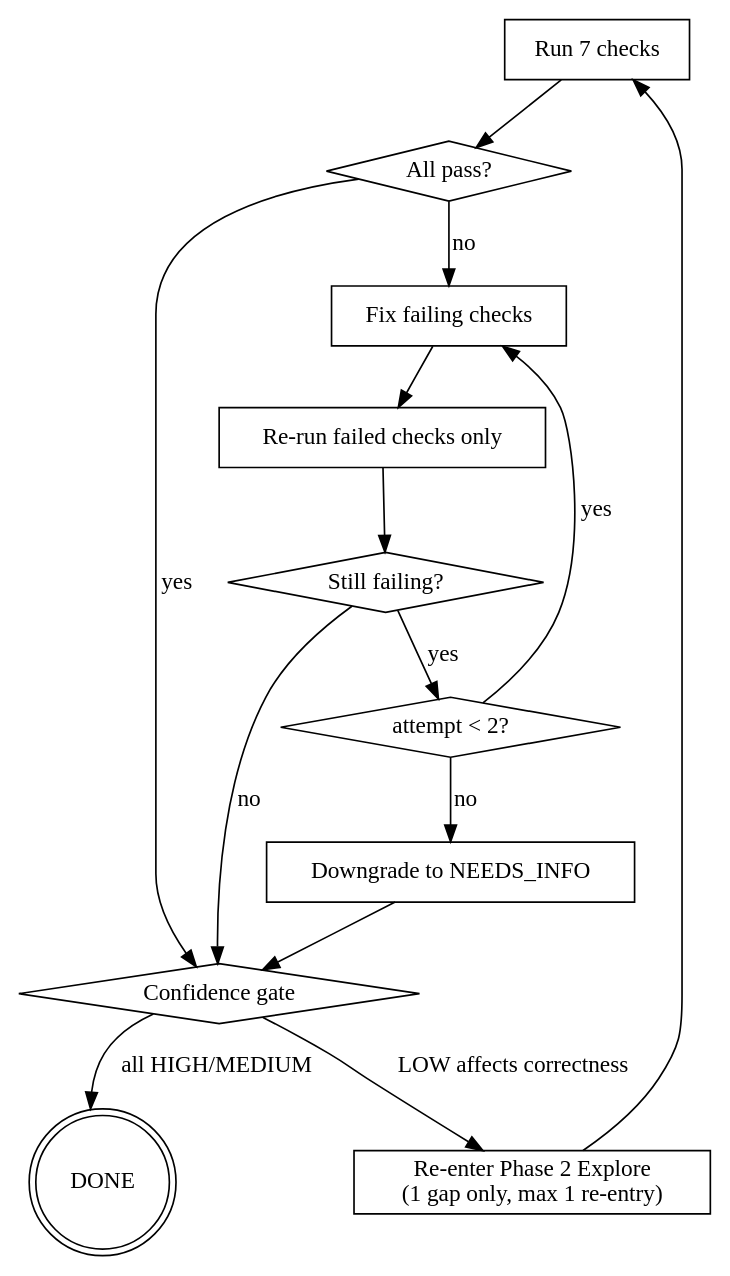
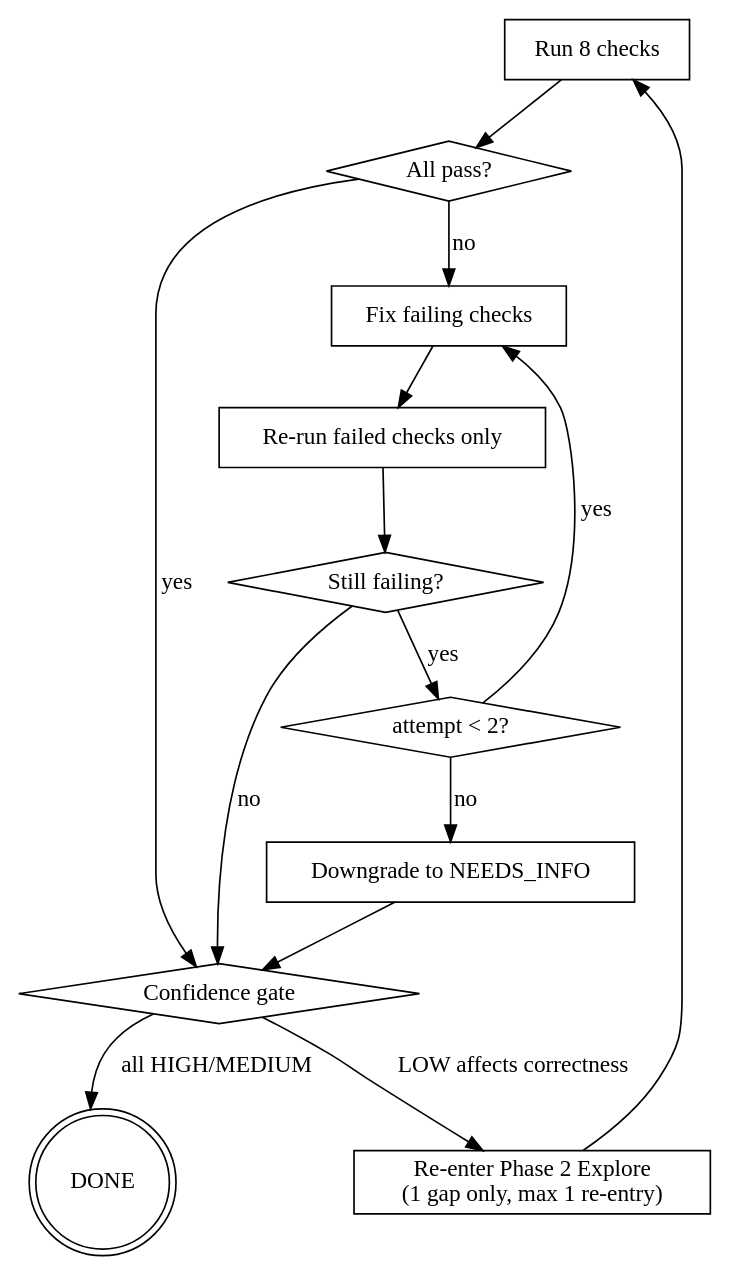
One commit to feng-y/pge changed the diagram in skills/pge-plan/references/self-review.md. Above: the diagram before and after it, drawn with Graphviz. The commit also changed other lines of this file and 4 other files, not shown here.

Commit message:
Align PGE research plan flow gates

````diff
--- a/skills/pge-plan/references/self-review.md
+++ b/skills/pge-plan/references/self-review.md
@@ -15,28 +15,28 @@
 ```dot
 digraph self_review {
-  "Run 7 checks" [shape=box];
+  "Run 8 checks" [shape=box];
   "All pass?" [shape=diamond];
   "Fix failing checks" [shape=box];
   "Re-run failed checks only" [shape=box];
   "Still failing?" [shape=diamond];
   "attempt < 2?" [shape=diamond];
   "Downgrade to NEEDS_INFO" [shape=box];
   "Confidence gate" [shape=diamond];
   "Re-enter Phase 2 Explore\n(1 gap only, max 1 re-entry)" [shape=box];
   "DONE" [shape=doublecircle];
 
-  "Run 7 checks" -> "All pass?";
+  "Run 8 checks" -> "All pass?";
   "All pass?" -> "Confidence gate" [label="yes"];
   "All pass?" -> "Fix failing checks" [label="no"];
   "Fix failing checks" -> "Re-run failed checks only";
   "Re-run failed checks only" -> "Still failing?";
   "Still failing?" -> "Confidence gate" [label="no"];
   "Still failing?" -> "attempt < 2?" [label="yes"];
   "attempt < 2?" -> "Fix failing checks" [label="yes"];
   "attempt < 2?" -> "Downgrade to NEEDS_INFO" [label="no"];
   "Downgrade to NEEDS_INFO" -> "Confidence gate";
   "Confidence gate" -> "Re-enter Phase 2 Explore\n(1 gap only, max 1 re-entry)" [label="LOW affects correctness"];
   "Confidence gate" -> "DONE" [label="all HIGH/MEDIUM"];
-  "Re-enter Phase 2 Explore\n(1 gap only, max 1 re-entry)" -> "Run 7 checks";
+  "Re-enter Phase 2 Explore\n(1 gap only, max 1 re-entry)" -> "Run 8 checks";
 }
 ```
````
